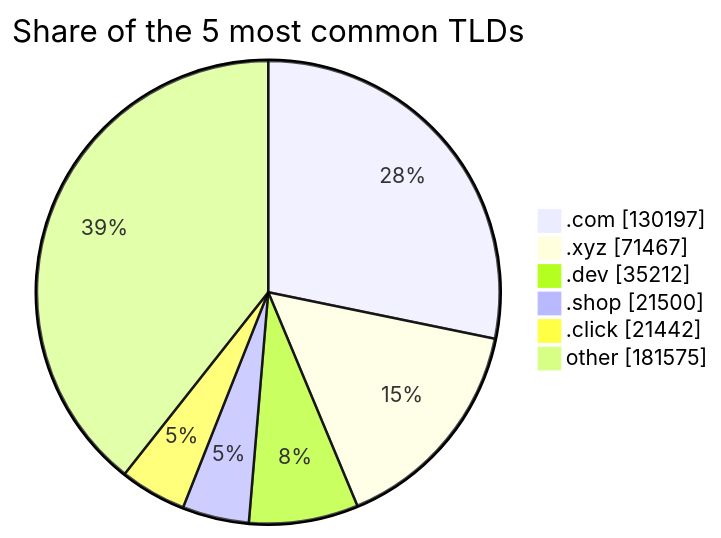
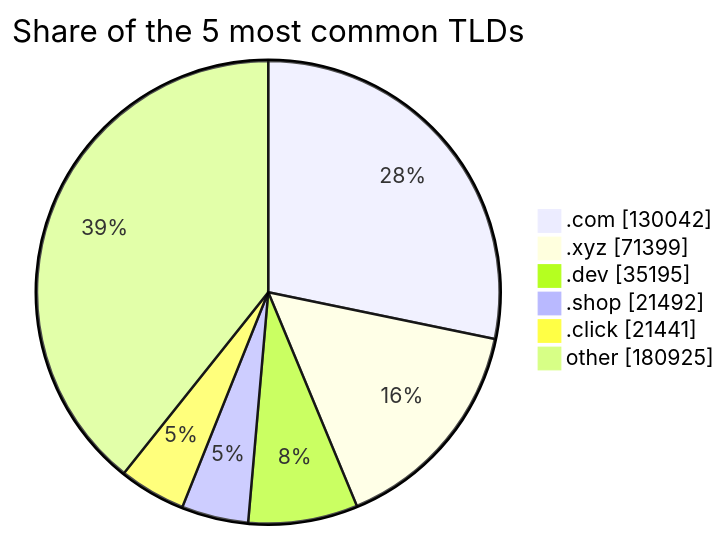
One commit to DNSBunker/CTI changed the third of 3 diagrams in README.md. Above: the diagram before and after it, drawn with Mermaid. The commit also changed other lines of this file and 3 other files, not shown here.

````diff
--- a/README.md
+++ b/README.md
@@ -81,9 +81,9 @@
 ```mermaid
 pie showData title Share of the 5 most common TLDs
-    ".com" : 130197
-    ".xyz" : 71467
-    ".dev" : 35212
-    ".shop" : 21500
-    ".click" : 21442
-    "other" : 181575
+    ".com" : 130042
+    ".xyz" : 71399
+    ".dev" : 35195
+    ".shop" : 21492
+    ".click" : 21441
+    "other" : 180925
 ```
````
